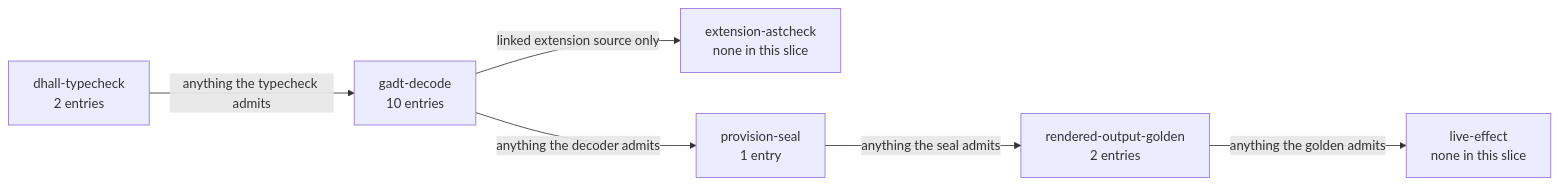
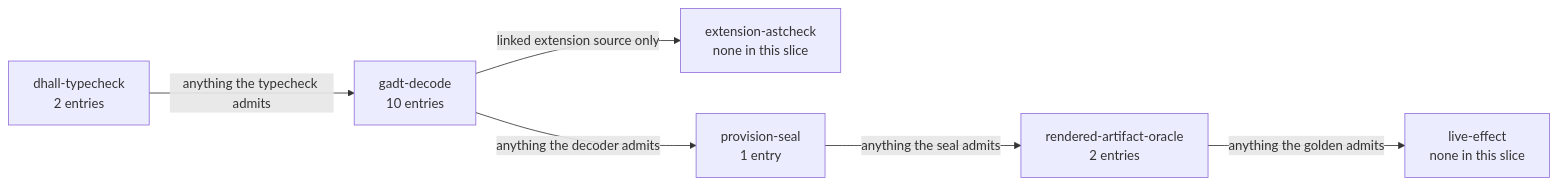
One commit to Tuee22/amoebius changed the diagram in documents/illegal_state/illegal_state_security.md. Above: the diagram before and after it, drawn with Mermaid. The commit also changed other lines of this file and 345 other files, not shown here.

````diff
--- a/documents/illegal_state/illegal_state_security.md
+++ b/documents/illegal_state/illegal_state_security.md
@@ -59,15 +59,15 @@
 ```mermaid
 flowchart LR
   %% register: orientation
   g1["dhall-typecheck<br/>2 entries"]
   g2["gadt-decode<br/>10 entries"]
   g3["extension-astcheck<br/>none in this slice"]
   ps["provision-seal<br/>1 entry"]
-  rg["rendered-output-golden<br/>2 entries"]
+  rg["rendered-artifact-oracle<br/>2 entries"]
   le["live-effect<br/>none in this slice"]
   g1 -->|"anything the typecheck admits"| g2
   g2 -->|"linked extension source only"| g3
   g2 -->|"anything the decoder admits"| ps
   ps -->|"anything the seal admits"| rg
   rg -->|"anything the golden admits"| le
 ```
````
